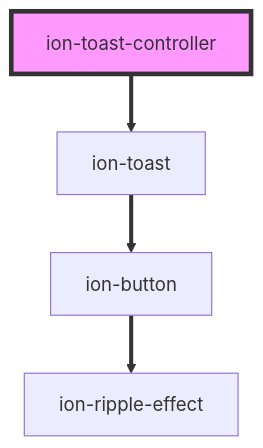
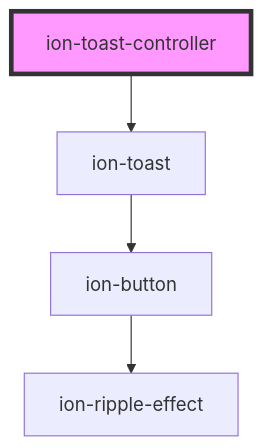
One commit to ionic-team/ionic-framework changed the diagram in core/src/components/toast-controller/readme.md. Above: the diagram before and after it, drawn with Mermaid. The commit also changed 39 other files, not shown here.

````diff
--- a/core/src/components/toast-controller/readme.md
+++ b/core/src/components/toast-controller/readme.md
@@ -45,7 +45,7 @@
 ```mermaid
 graph TD;
-  ion-toast-controller ==> ion-toast
-  ion-toast ==> ion-button
-  ion-button ==> ion-ripple-effect
+  ion-toast-controller --> ion-toast
+  ion-toast --> ion-button
+  ion-button --> ion-ripple-effect
   style ion-toast-controller fill:#f9f,stroke:#333,stroke-width:4px
 ```
````
